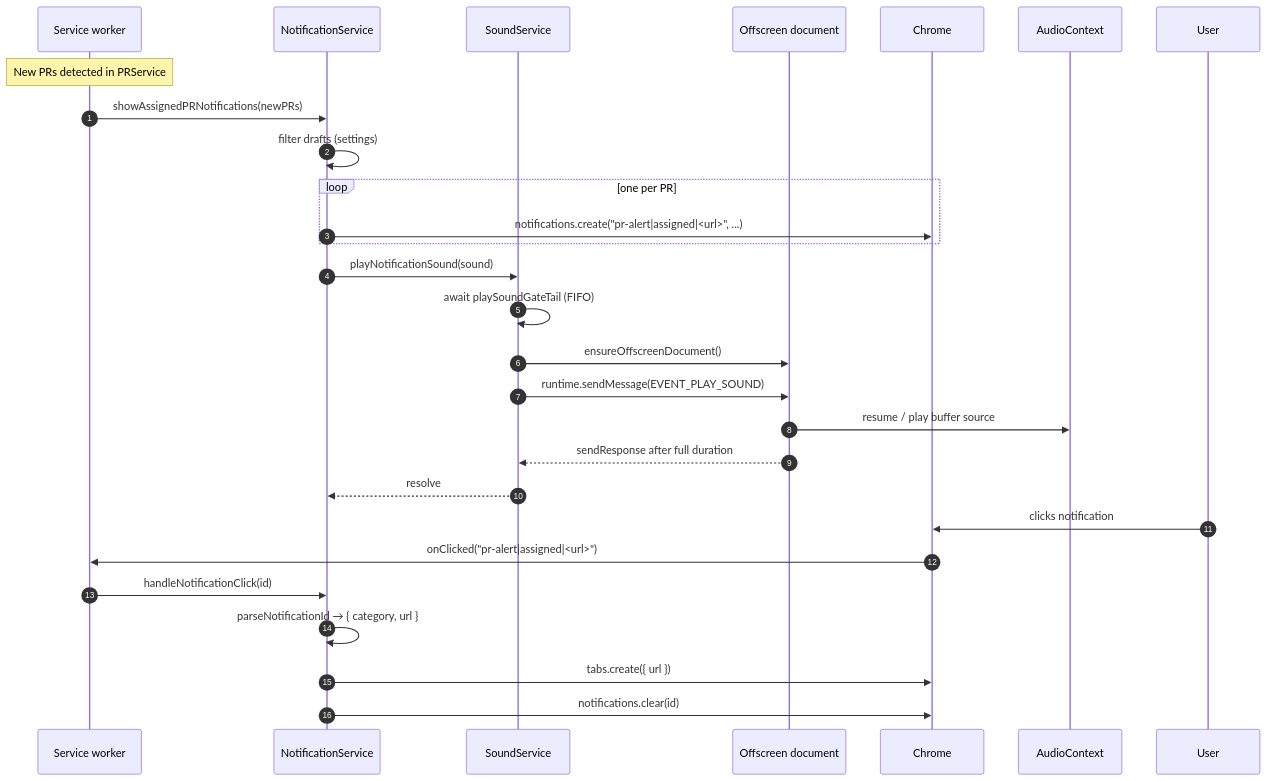
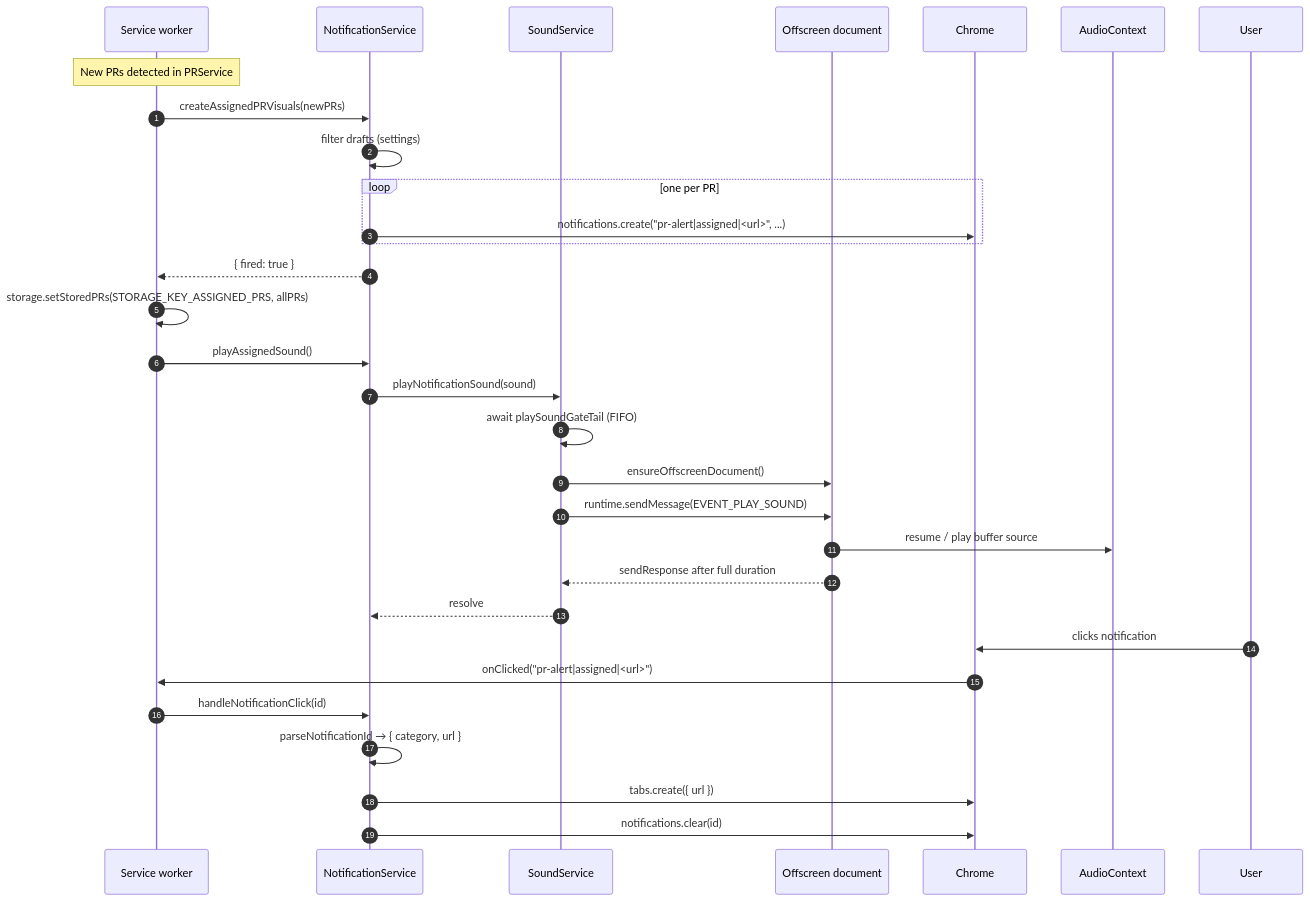
One commit to dragosdev-code/pullwatch changed the diagram in wiki/Notifications-and-Sound.md. Above: the diagram before and after it, drawn with Mermaid. The commit also changed other lines of this file and 12 other files, not shown here.

````diff
--- a/wiki/Notifications-and-Sound.md
+++ b/wiki/Notifications-and-Sound.md
@@ -17,31 +17,34 @@
 ```mermaid
 sequenceDiagram
     autonumber
     participant SW as Service worker
     participant NS as NotificationService
     participant SS as SoundService
     participant OS as Offscreen document
     participant Chrome
     participant OS_Audio as AudioContext
     participant User
 
     Note over SW: New PRs detected in PRService
-    SW->>NS: showAssignedPRNotifications(newPRs)
+    SW->>NS: createAssignedPRVisuals(newPRs)
     NS->>NS: filter drafts (settings)
     loop one per PR
         NS->>Chrome: notifications.create("pr-alert|assigned|<url>", ...)
     end
+    NS-->>SW: { fired: true }
+    SW->>SW: storage.setStoredPRs(STORAGE_KEY_ASSIGNED_PRS, allPRs)
+    SW->>NS: playAssignedSound()
     NS->>SS: playNotificationSound(sound)
     SS->>SS: await playSoundGateTail (FIFO)
     SS->>OS: ensureOffscreenDocument()
     SS->>OS: runtime.sendMessage(EVENT_PLAY_SOUND)
     OS->>OS_Audio: resume / play buffer source
     OS-->>SS: sendResponse after full duration
     SS-->>NS: resolve
     User->>Chrome: clicks notification
     Chrome->>SW: onClicked("pr-alert|assigned|<url>")
     SW->>NS: handleNotificationClick(id)
     NS->>NS: parseNotificationId → { category, url }
     NS->>Chrome: tabs.create({ url })
     NS->>Chrome: notifications.clear(id)
 ```
````
